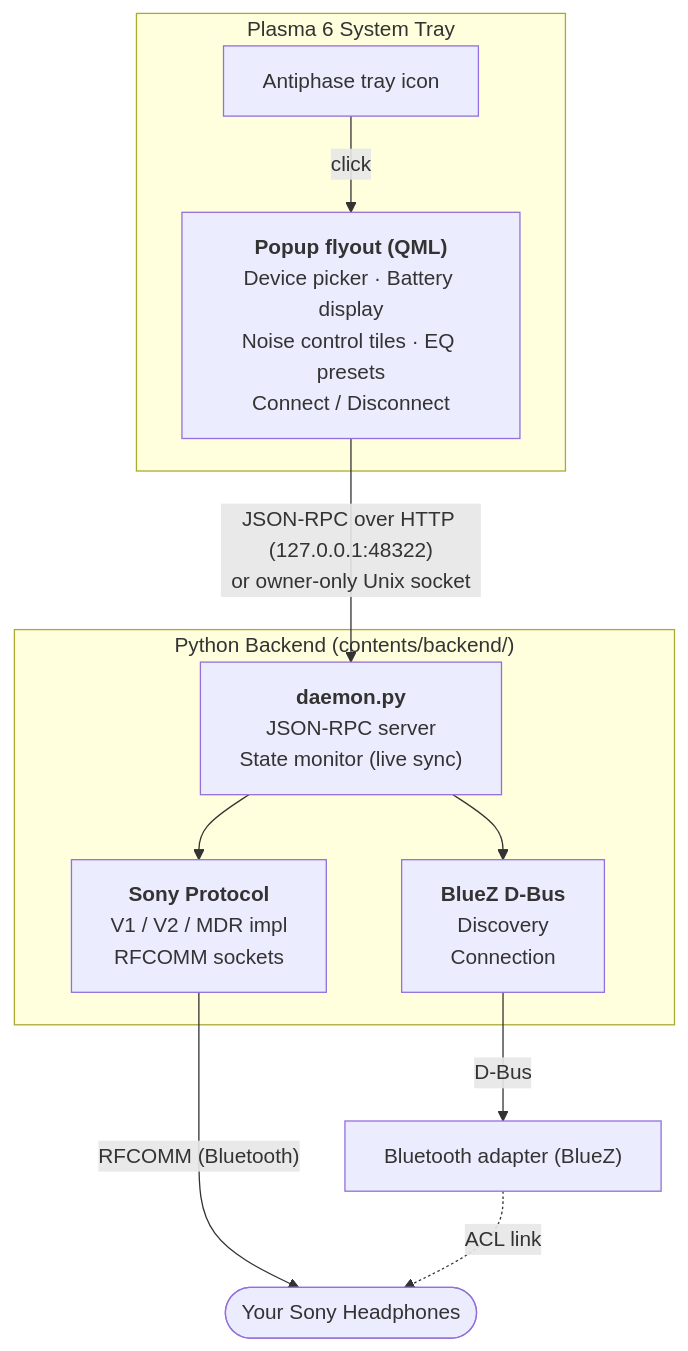
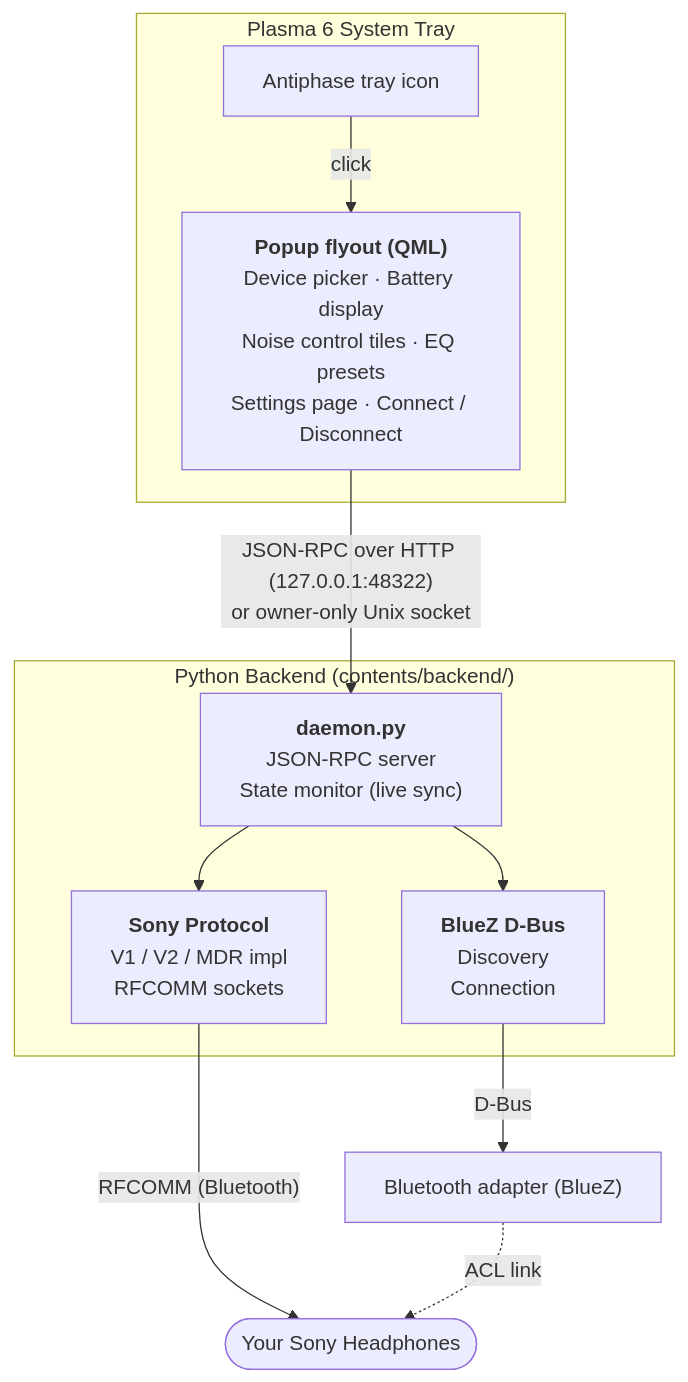
Before and after one commit to Shy-Doge/Antiphase: the diagram in README.md, drawn with Mermaid. The commit also changed other lines of this file and 6 other files, not shown here.

````diff
--- a/README.md
+++ b/README.md
@@ -61,25 +58,25 @@
 ```mermaid
 flowchart TD
     subgraph plasma["Plasma 6 System Tray"]
         icon["Antiphase tray icon"]
-        popup["<b>Popup flyout (QML)</b><br/>Device picker · Battery display<br/>Noise control tiles · EQ presets<br/>Connect / Disconnect"]
+        popup["<b>Popup flyout (QML)</b><br/>Device picker · Battery display<br/>Noise control tiles · EQ presets<br/>Settings page · Connect / Disconnect"]
         icon -- click --> popup
     end
 
     subgraph backend["Python Backend (contents/backend/)"]
         daemon["<b>daemon.py</b><br/>JSON-RPC server<br/>State monitor (live sync)"]
         bluez["<b>BlueZ D-Bus</b><br/>Discovery<br/>Connection"]
         proto["<b>Sony Protocol</b><br/>V1 / V2 / MDR impl<br/>RFCOMM sockets"]
         daemon --> bluez
         daemon --> proto
     end
 
     adapter["Bluetooth adapter (BlueZ)"]
     hp(["Your Sony Headphones"])
 
     popup -- "JSON-RPC over HTTP (127.0.0.1:48322)<br/>or owner-only Unix socket" --> daemon
     bluez -- "D-Bus" --> adapter
     proto -- "RFCOMM (Bluetooth)" --> hp
     adapter -. ACL link .-> hp
 
 ```
````
